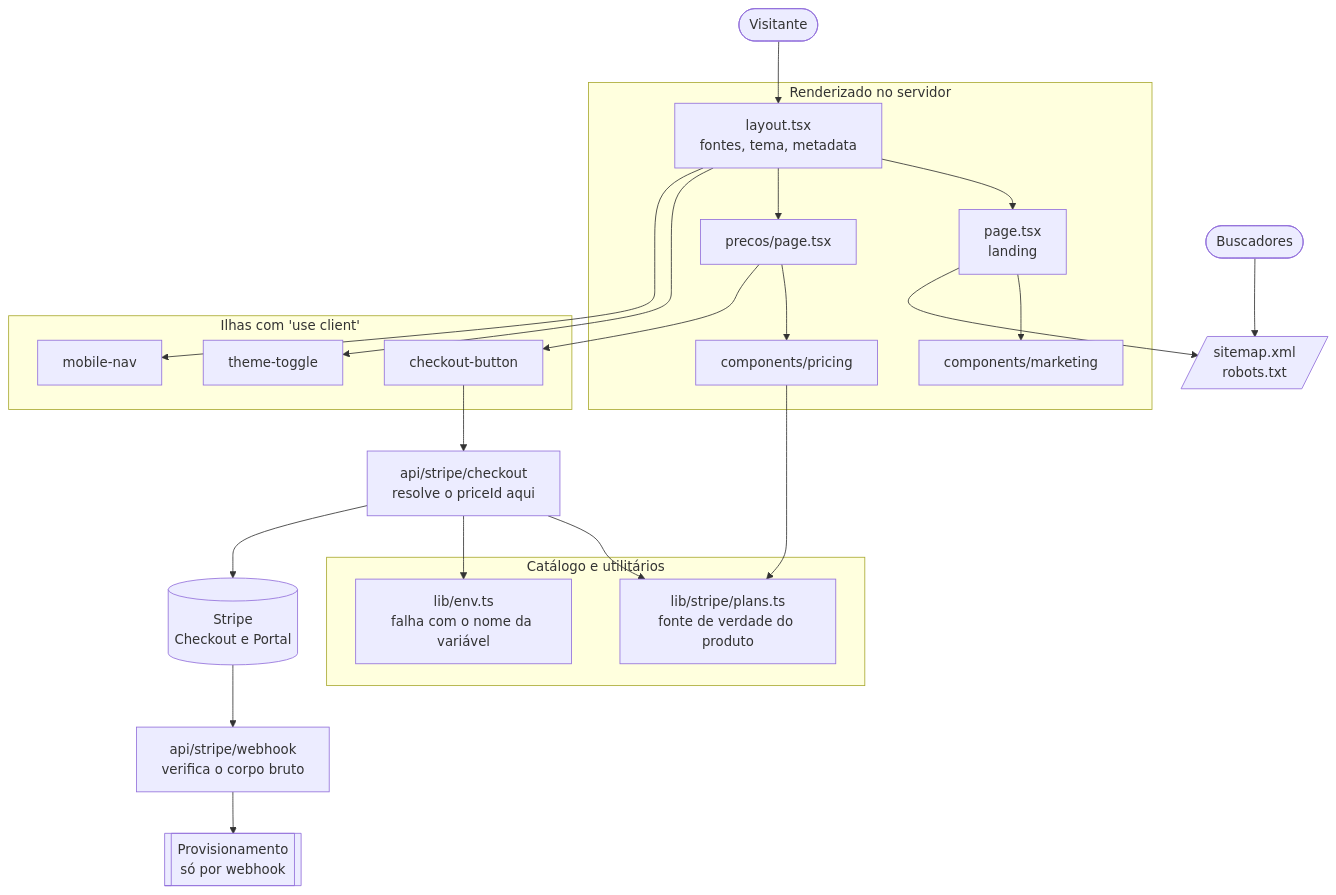
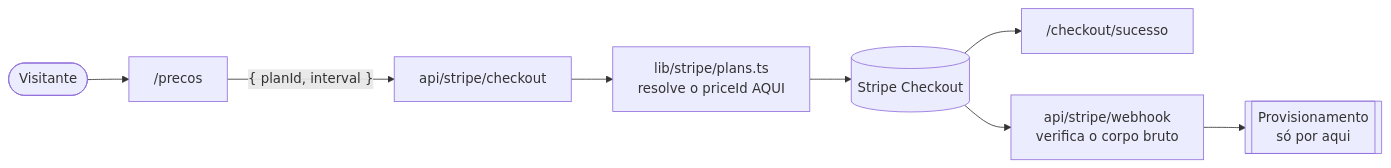
The diagram in README.md (v2ntechnology/Website-rookhub), drawn with Mermaid before and after one commit. The commit also changed other lines of this file and 8 other files, not shown here.

````diff
--- a/README.md
+++ b/README.md
@@ -221,41 +143,10 @@
 ```mermaid
-flowchart TD
-    Visitante([Visitante])
-    Google([Buscadores])
-
-    subgraph Servidor["Renderizado no servidor"]
-        Layout["layout.tsx<br/>fontes, tema, metadata"] --> Landing["page.tsx<br/>landing"]
-        Layout --> Precos["precos/page.tsx"]
-        Landing --> Blocos["components/marketing"]
-        Precos --> Planos["components/pricing"]
-    end
-
-    subgraph Cliente["Ilhas com 'use client'"]
-        Tema["theme-toggle"]
-        Menu["mobile-nav"]
-        Botao["checkout-button"]
-    end
-
-    subgraph Dados["Catálogo e utilitários"]
-        Catalogo["lib/stripe/plans.ts<br/>fonte de verdade do produto"]
-        Env["lib/env.ts<br/>falha com o nome da variável"]
-    end
-
-    Stripe[("Stripe<br/>Checkout e Portal")]
-    Webhook["api/stripe/webhook<br/>verifica o corpo bruto"]
-    SEO[/"sitemap.xml<br/>robots.txt"/]
-
-    Visitante --> Layout
-    Google --> SEO
-    Planos --> Catalogo
-    Landing --> SEO
-    Precos --> Botao
-    Botao --> Rota["api/stripe/checkout<br/>resolve o priceId aqui"]
-    Rota --> Catalogo
-    Rota --> Env
-    Rota --> Stripe
-    Stripe --> Webhook
-    Webhook --> Provisiona[["Provisionamento<br/>só por webhook"]]
-    Layout --> Tema
-    Layout --> Menu
+flowchart LR
+    V([Visitante]) --> P["/precos"]
+    P -->|"{ planId, interval }"| R["api/stripe/checkout"]
+    R --> C["lib/stripe/plans.ts<br/>resolve o priceId AQUI"]
+    C --> S[("Stripe Checkout")]
+    S --> T["/checkout/sucesso"]
+    S --> W["api/stripe/webhook<br/>verifica o corpo bruto"]
+    W --> Pr[["Provisionamento<br/>só por aqui"]]
 ```
````
